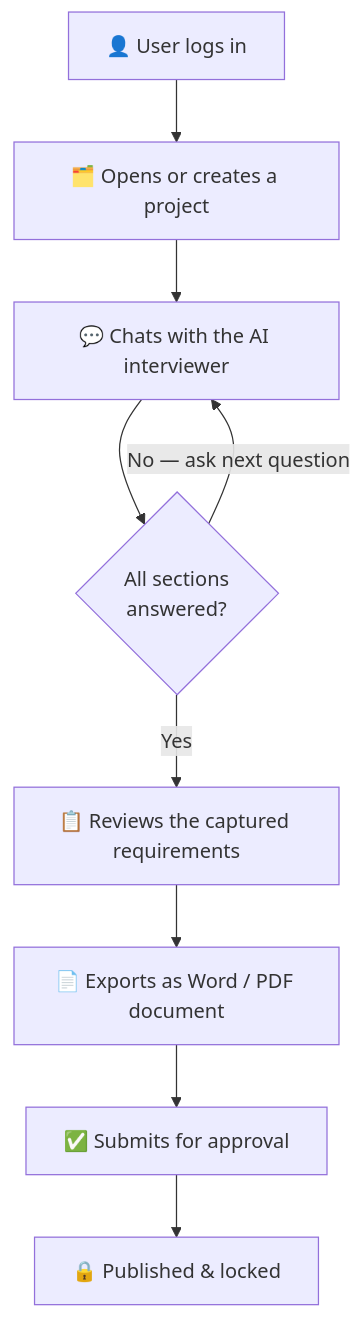
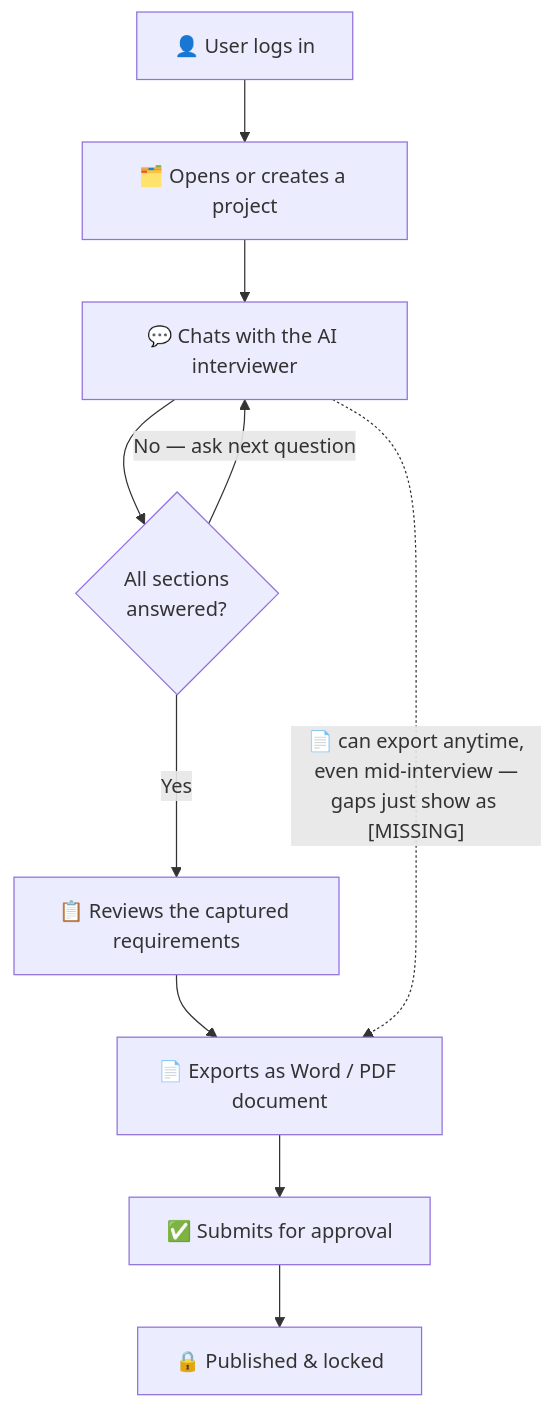
Before and after one commit to DishaGaglani/BA-Bot: the diagram in README.md, drawn with Mermaid. The commit also changed other lines of this file, not shown here.

````diff
--- a/README.md
+++ b/README.md
@@ -63,11 +63,12 @@
 ```mermaid
 flowchart TD
     A["👤 User logs in"] --> B["🗂️ Opens or creates a project"]
     B --> C["💬 Chats with the AI interviewer"]
     C --> D{"All sections\nanswered?"}
     D -- "No — ask next question" --> C
     D -- "Yes" --> E["📋 Reviews the captured requirements"]
     E --> F["📄 Exports as Word / PDF document"]
     F --> G["✅ Submits for approval"]
     G --> H["🔒 Published & locked"]
+    C -. "📄 can export anytime,\neven mid-interview —\ngaps just show as [MISSING]" .-> F
 ```
````
